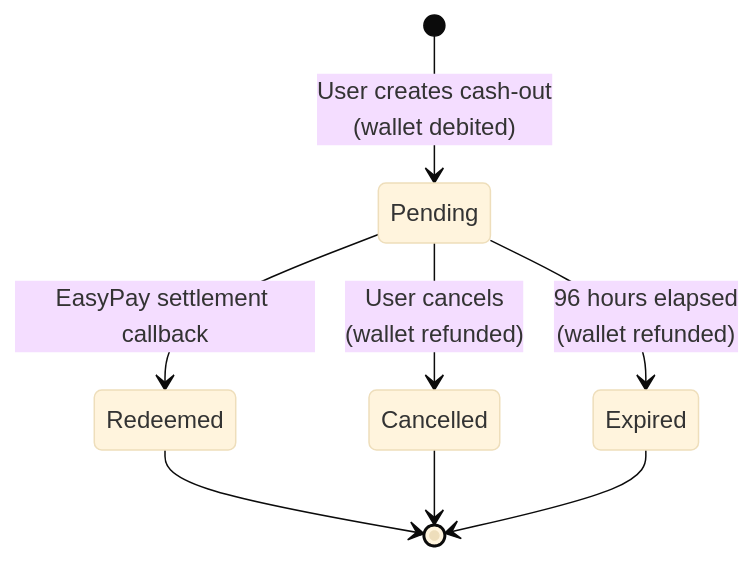
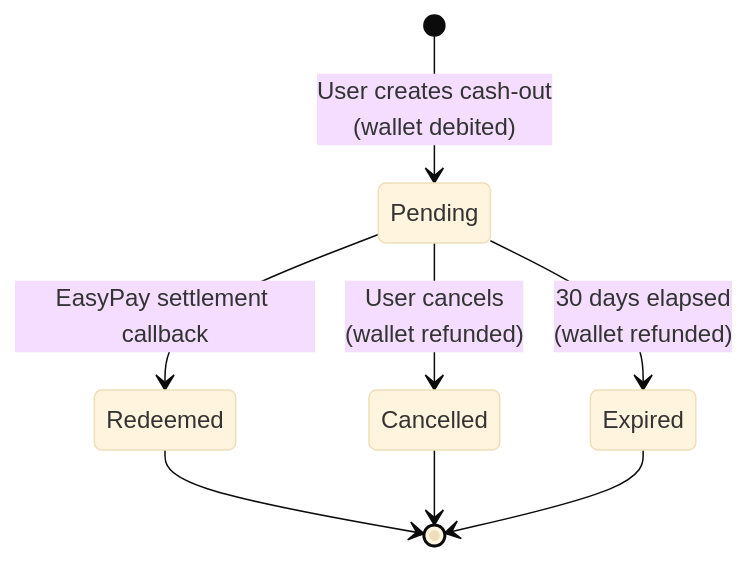
One commit to mymoolah-africa/mymoolah-platform changed the third of 7 diagrams in docs/integrations/EasyPay_API_Integration_Guide.md. Above: the diagram before and after it, drawn with Mermaid (base theme). The commit also changed other lines of this file and 22 other files, not shown here.

````diff
--- a/docs/integrations/EasyPay_API_Integration_Guide.md
+++ b/docs/integrations/EasyPay_API_Integration_Guide.md
@@ -535,10 +535,10 @@
 ```mermaid
 stateDiagram-v2
     [*] --> Pending: User creates cash-out<br/>(wallet debited)
     Pending --> Redeemed: EasyPay settlement callback
     Pending --> Cancelled: User cancels<br/>(wallet refunded)
-    Pending --> Expired: 96 hours elapsed<br/>(wallet refunded)
+    Pending --> Expired: 30 days elapsed<br/>(wallet refunded)
     Redeemed --> [*]
     Cancelled --> [*]
     Expired --> [*]
 ```
````
